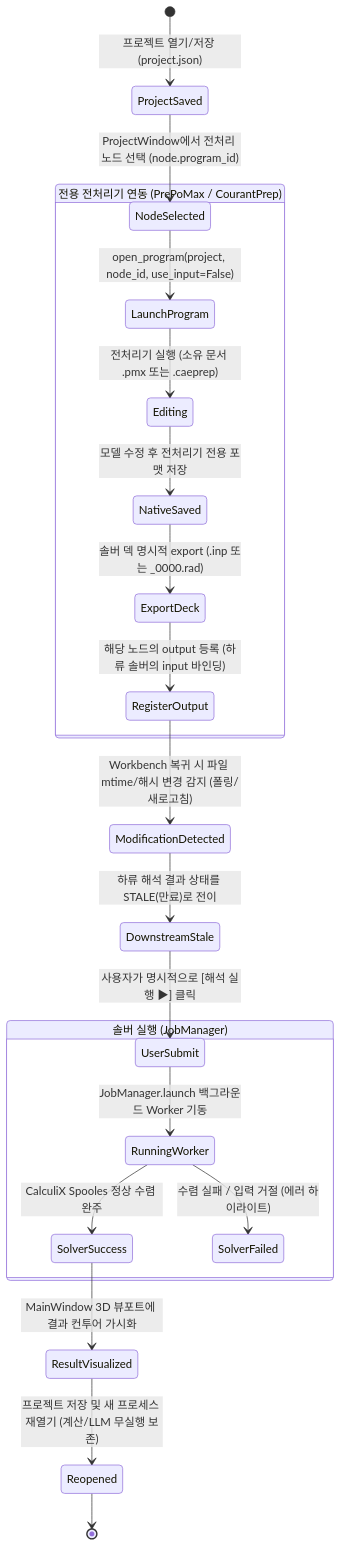
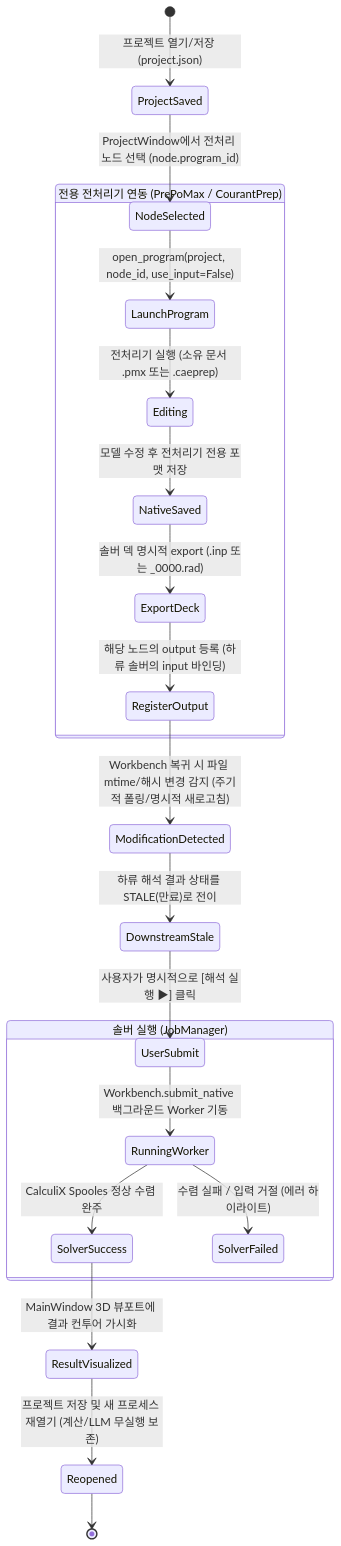
The diagram in docs/gui/commercial-cae-gui-spec.md (pikachu444/caelab-workbench), drawn with Mermaid before and after one commit. The commit also changed other lines of this file and 1 other file, not shown here.

````diff
--- a/docs/gui/commercial-cae-gui-spec.md
+++ b/docs/gui/commercial-cae-gui-spec.md
@@ -39,27 +39,27 @@
 ```mermaid
 stateDiagram-v2
     [*] --> ProjectSaved: 프로젝트 열기/저장 (project.json)
     ProjectSaved --> NodeSelected: ProjectWindow에서 전처리 노드 선택 (node.program_id)
     
     state "전용 전처리기 연동 (PrePoMax / CourantPrep)" as PreprocessorLifecycle {
         NodeSelected --> LaunchProgram: open_program(project, node_id, use_input=False)
         LaunchProgram --> Editing: 전처리기 실행 (소유 문서 .pmx 또는 .caeprep)
         Editing --> NativeSaved: 모델 수정 후 전처리기 전용 포맷 저장
         NativeSaved --> ExportDeck: 솔버 덱 명시적 export (.inp 또는 _0000.rad)
         ExportDeck --> RegisterOutput: 해당 노드의 output 등록 (하류 솔버의 input 바인딩)
     }
     
-    RegisterOutput --> ModificationDetected: Workbench 복귀 시 파일 mtime/해시 변경 감지 (폴링/새로고침)
+    RegisterOutput --> ModificationDetected: Workbench 복귀 시 파일 mtime/해시 변경 감지 (주기적 폴링/명시적 새로고침)
     ModificationDetected --> DownstreamStale: 하류 해석 결과 상태를 STALE(만료)로 전이
     DownstreamStale --> UserSubmit: 사용자가 명시적으로 [해석 실행 ▶] 클릭
     
     state "솔버 실행 (JobManager)" as SolverExecution {
-        UserSubmit --> RunningWorker: JobManager.launch 백그라운드 Worker 기동
+        UserSubmit --> RunningWorker: Workbench.submit_native 백그라운드 Worker 기동
         RunningWorker --> SolverSuccess: CalculiX Spooles 정상 수렴 완주
         RunningWorker --> SolverFailed: 수렴 실패 / 입력 거절 (에러 하이라이트)
     }
     
     SolverSuccess --> ResultVisualized: MainWindow 3D 뷰포트에 결과 컨투어 가시화
     ResultVisualized --> Reopened: 프로젝트 저장 및 새 프로세스 재열기 (계산/LLM 무실행 보존)
     Reopened --> [*]
 ```
````
